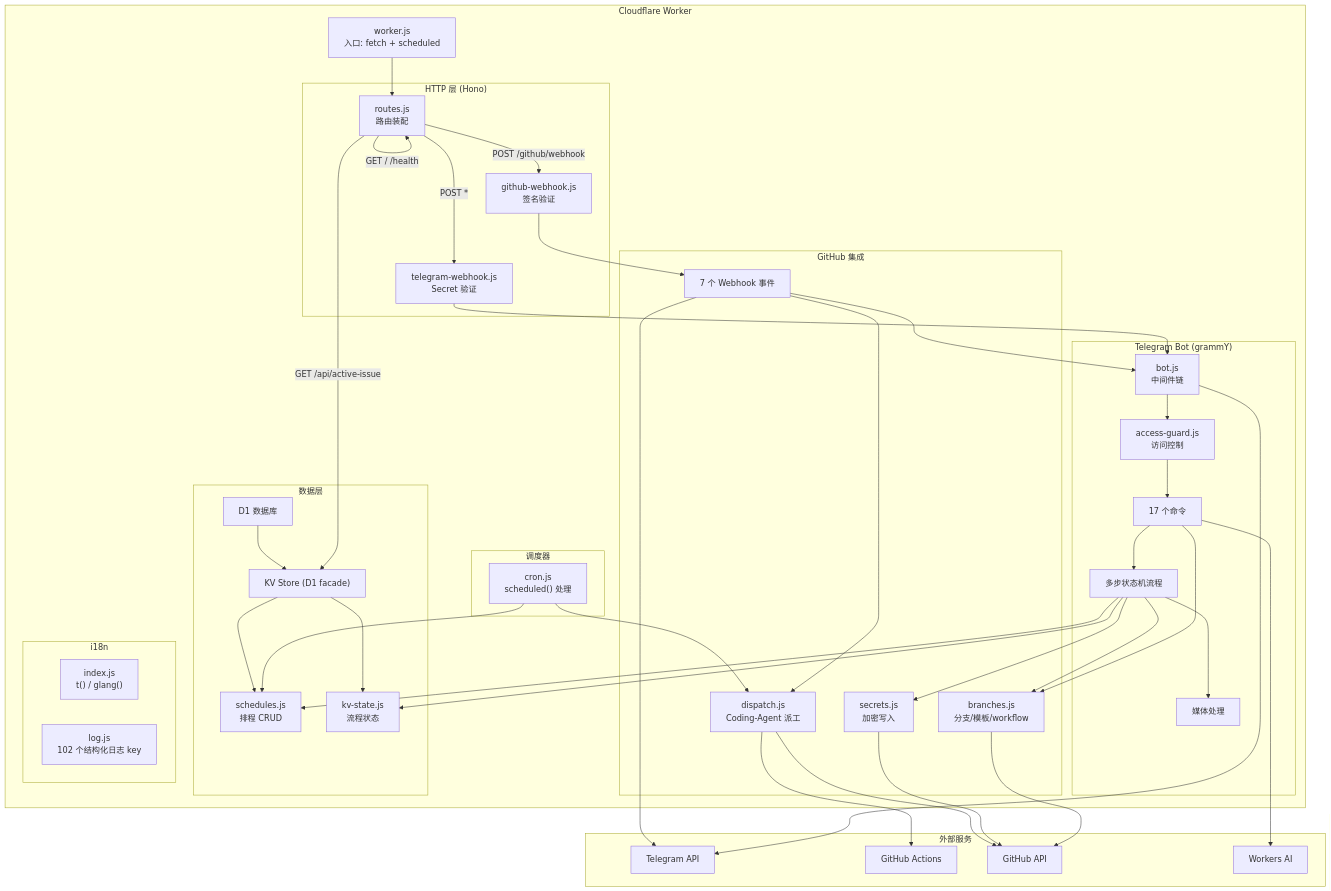
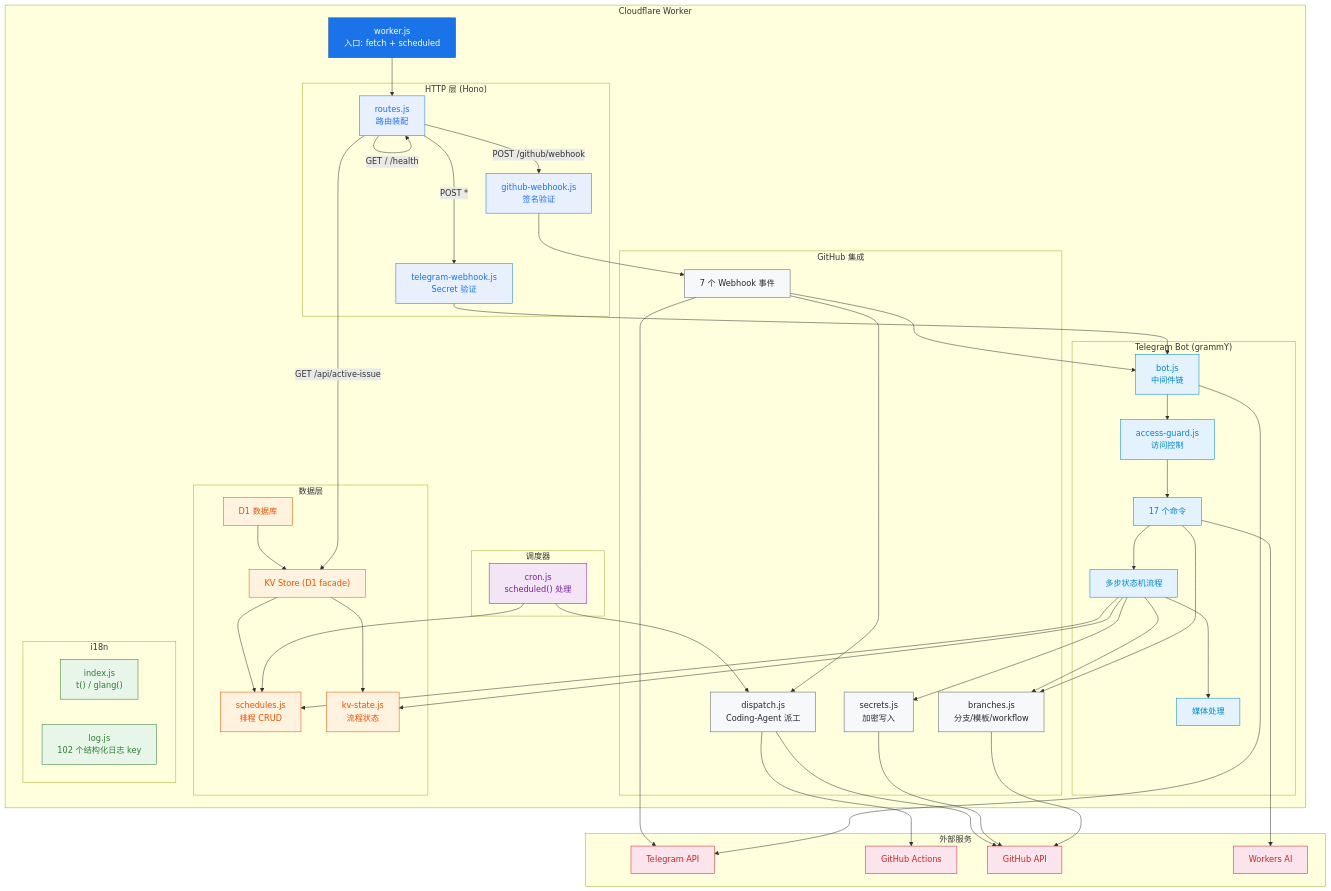
The first of 11 diagrams in src/ARCHITECTURE.md (jeffsia-blacksmith/altShiftClawCore), drawn with Mermaid before and after one commit.

Commit message:
docs: refine system architecture mermaid chart with color coding
Color scheme:
- Entry: blue (#1a73e8)
- HTTP: light blue (#e8f0fe)
- Telegram: cyan (#e3f2fd)
- GitHub: gray (#f6f8fa)
- Data: orange (#fff3e0)
- Cron: purple (#f3e5f5)
- i18n: green (#e8f5e9)
- External: pink (#fce4ec)

````diff
--- a/src/ARCHITECTURE.md
+++ b/src/ARCHITECTURE.md
@@ -36,51 +36,62 @@
 ```mermaid
 graph TB
+    %% 样式定义
+    classDef entry fill:#1a73e8,stroke:#0d47a1,color:#fff
+    classDef http fill:#e8f0fe,stroke:#1a73e8,color:#1a73e8
+    classDef telegram fill:#e3f2fd,stroke:#0086c4,color:#0086c4
+    classDef github fill:#f6f8fa,stroke:#586069,color:#24292e
+    classDef data fill:#fff3e0,stroke:#e65100,color:#e65100
+    classDef cron fill:#f3e5f5,stroke:#7b1fa2,color:#7b1fa2
+    classDef i18n fill:#e8f5e9,stroke:#2e7d32,color:#2e7d32
+    classDef external fill:#fce4ec,stroke:#c62828,color:#c62828
+    classDef subBox fill:none,stroke-dasharray:5 5
+
     subgraph "Cloudflare Worker"
-        Worker["worker.js<br/>入口: fetch + scheduled"]
+        Worker["worker.js<br/>入口: fetch + scheduled"]:::entry
 
         subgraph "HTTP 层 (Hono)"
-            Routes["routes.js<br/>路由装配"]
-            GHWebhook["github-webhook.js<br/>签名验证"]
-            TGWebhook["telegram-webhook.js<br/>Secret 验证"]
+            Routes["routes.js<br/>路由装配"]:::http
+            GHWebhook["github-webhook.js<br/>签名验证"]:::http
+            TGWebhook["telegram-webhook.js<br/>Secret 验证"]:::http
         end
 
         subgraph "Telegram Bot (grammY)"
-            Bot["bot.js<br/>中间件链"]
-            AccessGuard["access-guard.js<br/>访问控制"]
-            Commands["17 个命令"]
-            Flows["多步状态机流程"]
-            Media["媒体处理"]
+            Bot["bot.js<br/>中间件链"]:::telegram
+            AccessGuard["access-guard.js<br/>访问控制"]:::telegram
+            Commands["17 个命令"]:::telegram
+            Flows["多步状态机流程"]:::telegram
+            Media["媒体处理"]:::telegram
         end
 
         subgraph "GitHub 集成"
-            Branches["branches.js<br/>分支/模板/workflow"]
-            Secrets["secrets.js<br/>加密写入"]
-            Webhooks["7 个 Webhook 事件"]
-            Dispatch["dispatch.js<br/>Coding-Agent 派工"]
+            Branches["branches.js<br/>分支/模板/workflow"]:::github
+            Secrets["secrets.js<br/>加密写入"]:::github
+            Webhooks["7 个 Webhook 事件"]:::github
+            Dispatch["dispatch.js<br/>Coding-Agent 派工"]:::github
         end
 
         subgraph "数据层"
-            D1["D1 数据库"]
-            KV["KV Store (D1 facade)"]
-            Schedules["schedules.js<br/>排程 CRUD"]
-            KVState["kv-state.js<br/>流程状态"]
+            D1["D1 数据库"]:::data
+            KV["KV Store (D1 facade)"]:::data
+            Schedules["schedules.js<br/>排程 CRUD"]:::data
+            KVState["kv-state.js<br/>流程状态"]:::data
         end
 
         subgraph "调度器"
-            Cron["cron.js<br/>scheduled() 处理"]
+            Cron["cron.js<br/>scheduled() 处理"]:::cron
         end
 
         subgraph "i18n"
-            I18n["index.js<br/>t() / glang()"]
-            Log["log.js<br/>102 个结构化日志 key"]
+            I18n["index.js<br/>t() / glang()"]:::i18n
+            Log["log.js<br/>102 个结构化日志 key"]:::i18n
         end
     end
 
     subgraph "外部服务"
-        TG["Telegram API"]
-        GHA["GitHub Actions"]
-        GHAPI["GitHub API"]
-        WAI["Workers AI"]
+        TG["Telegram API"]:::external
+        GHA["GitHub Actions"]:::external
+        GHAPI["GitHub API"]:::external
+        WAI["Workers AI"]:::external
     end
 
     Worker --> Routes
````
